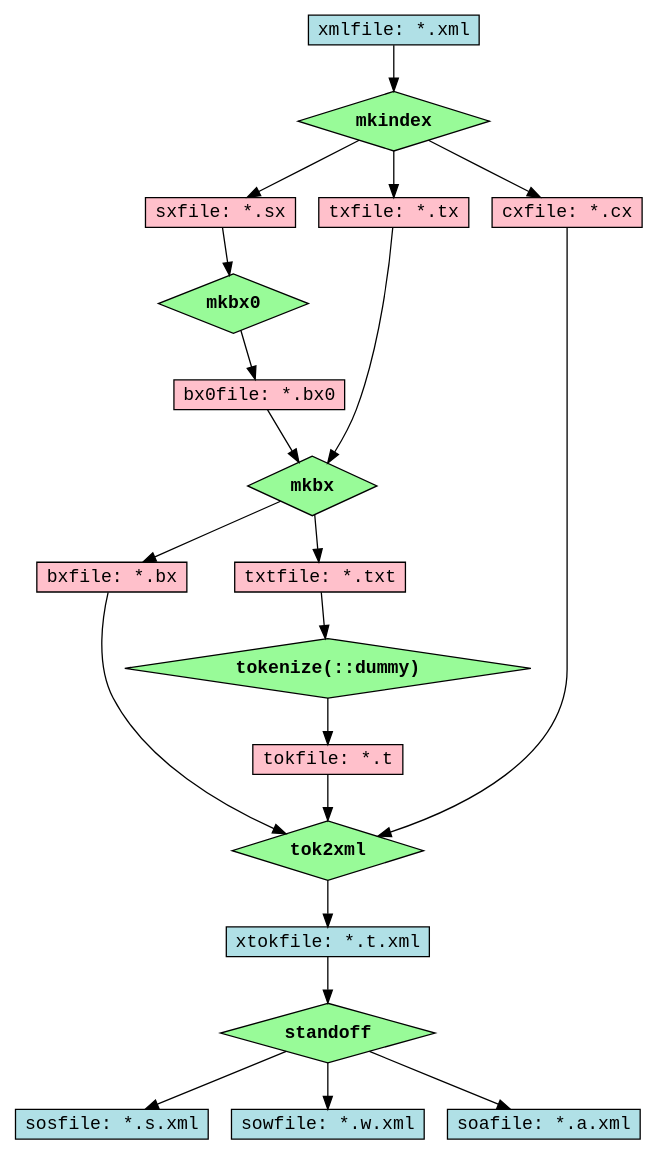
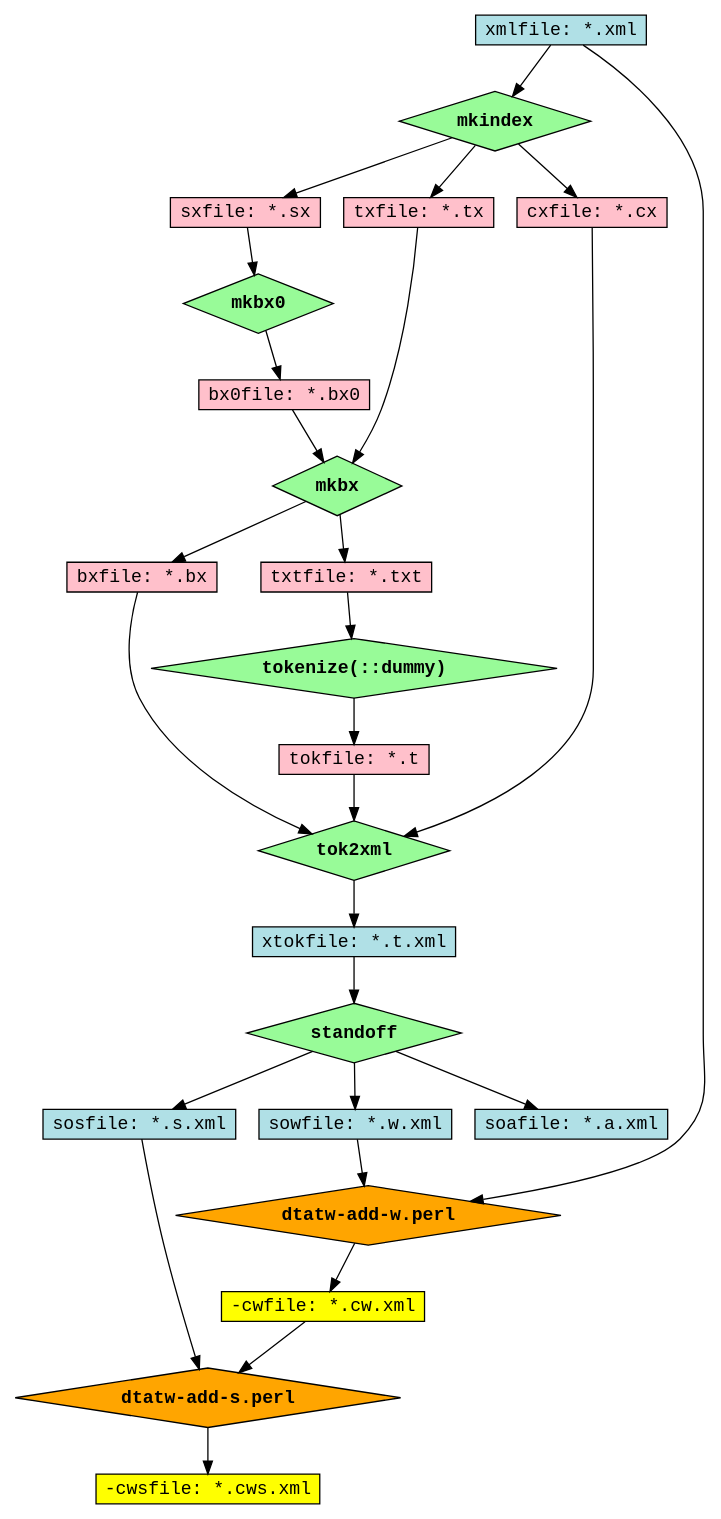
The diagram in doc/dot/dataflow-perl-files.dot (moocow-the-bovine/dta-tokwrap), drawn with Graphviz before and after one commit. The commit also changed 14 other files, not shown here.

Commit message:
+ splicing scripts: dtatw-add-[sw].perl   - updated docs, README   - added rules to make/Makefile   - added example file make/xmlsrc/ex1a.xml

```diff
--- a/doc/dot/dataflow-perl-files.dot
+++ b/doc/dot/dataflow-perl-files.dot
@@ -1,72 +1,86 @@
 /* -*- Mode: C -*- */
 digraph dataflow_perl_files {
   node [shape=rectangle,style=filled,fillcolor=pink,height=0.25,fontname="Courier"];
   edge [decorate=0,fontname="Courier"];
 
-  xml [label="xmlfile: *.xml",fillcolor=PowderBlue];
+  xmlfile [label="xmlfile: *.xml",fillcolor=PowderBlue];
 
   mkindex [label="mkindex",shape=diamond,fillcolor=PaleGreen,fontname="Courier-Bold"];
-  xml -> mkindex;
+  xmlfile -> mkindex;
 
   sxfile [label="sxfile: *.sx"];
   txfile [label="txfile: *.tx"];
   cxfile [label="cxfile: *.cx"];
   mkindex -> cxfile;
   mkindex -> sxfile;
   mkindex -> txfile;
   {rank=same; cxfile sxfile txfile}
 
   mkbx0 [label="mkbx0",shape=diamond,fillcolor=PaleGreen,fontname="Courier-Bold"];
   sxfile -> mkbx0;
  
   bx0file [label="bx0file: *.bx0"];
   mkbx0 -> bx0file;
 
   mkbx [label="mkbx",shape=diamond,fillcolor=PaleGreen,fontname="Courier-Bold"];
   bx0file -> mkbx;
   txfile  -> mkbx;
 
   bxfile [label="bxfile: *.bx"];
   txtfile [label="txtfile: *.txt"];
   mkbx -> bxfile;
   mkbx -> txtfile;
   {rank=same; bxfile txtfile}
 
   tokenize [label="tokenize(::dummy)",shape=diamond,fillcolor=PaleGreen,fontname="Courier-Bold",justify="left"];
   txtfile -> tokenize;
 
   tokfile [label="tokfile: *.t"];
   tokenize -> tokfile;
   //{rank=same; tokdata tokfile;}
 
   xtokfile [label="xtokfile: *.t.xml",fillcolor=PowderBlue];
 
   //-- tok2xml via c prog
   tok2xml[label="tok2xml",shape=diamond,fillcolor=PaleGreen,fontname="Courier-Bold"];
   bxfile -> tok2xml;
   cxfile -> tok2xml;
   tokfile -> tok2xml;
   tok2xml -> xtokfile;
   
   //-- standoff via C progs
   standoff [label="standoff",shape=diamond,fillcolor=PaleGreen,fontname="Courier-Bold"];
   xtokfile -> standoff;
 
   /*
     sofiles [label="sosfile: *.s.xml\nsowfile: *.w.xml\nsoafile: *.a.xml"];
     standoff -> sofiles;
   */
 
   sosfile [label="sosfile: *.s.xml",fillcolor=PowderBlue];
   sowfile [label="sowfile: *.w.xml",fillcolor=PowderBlue];
   soafile [label="soafile: *.a.xml",fillcolor=PowderBlue];
   standoff -> sosfile;
   standoff -> sowfile;
   standoff -> soafile;
+  { rank=same; sosfile sowfile soafile; }
 
   //-- standoff: xsl stylesheets (now obsolete)
   /*
   standoff_xsl [label="t2s.xsl\nt2w.xsl\nt2a.xsl",fillcolor=orange];
   standoff -> standoff_xsl;
   */
+
+  //-- splicint: external scripts
+  add_w  [label="dtatw-add-w.perl",shape=diamond,fillcolor=orange,fontname="Courier-Bold"];
+  sowfile -> add_w;
+  xmlfile -> add_w;
+  add_w  -> cwfile;
+  cwfile [label="-cwfile: *.cw.xml",fillcolor=yellow];
+
+  add_s  [label="dtatw-add-s.perl",shape=diamond,fillcolor=orange,fontname="Courier-Bold"];
+  sosfile-> add_s;
+  cwfile -> add_s;
+  add_s  -> cwsfile;
+  cwsfile [label="-cwsfile: *.cws.xml",fillcolor=yellow];
 }
```
